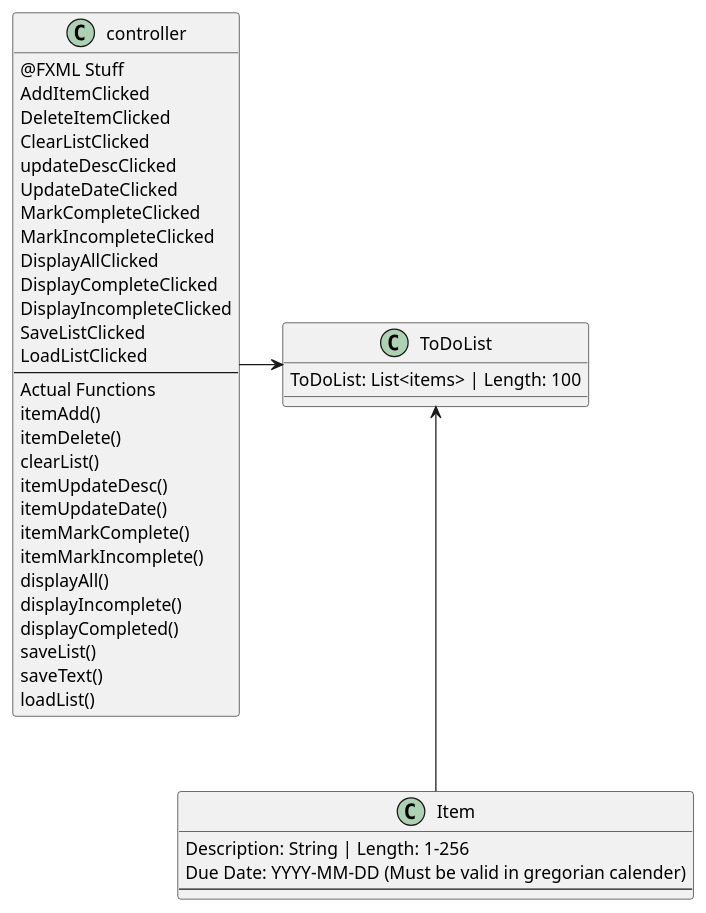
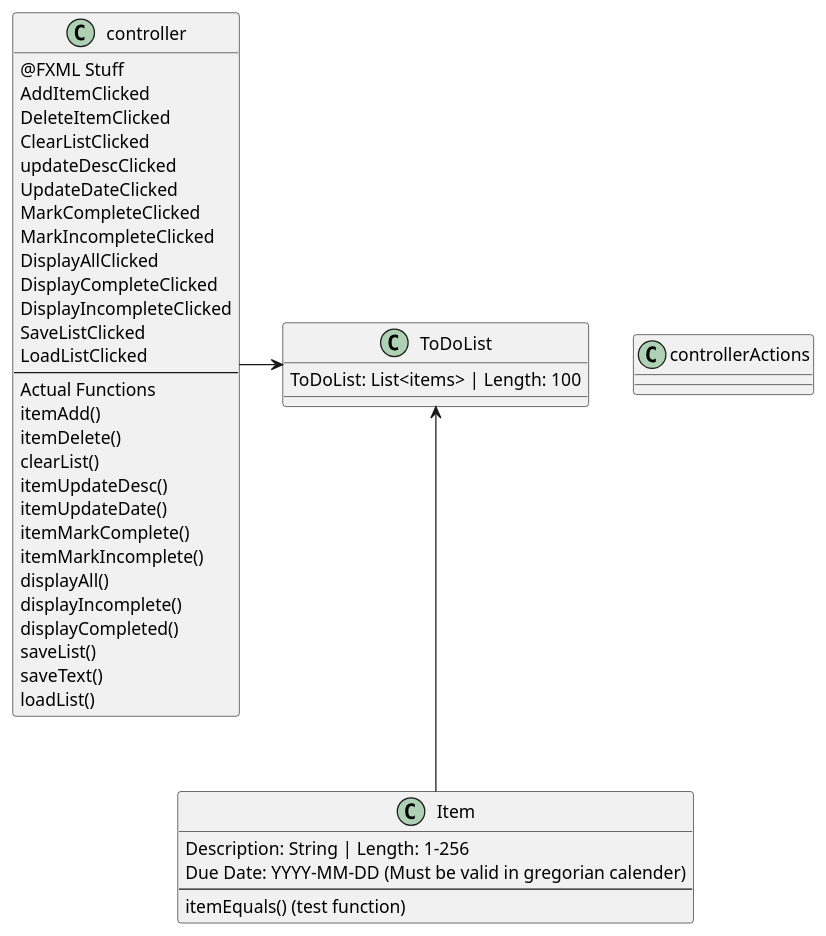
One commit to apatheticzekrom/Giang-cop3330-assignment4part2 changed the diagram in uml/classdiagram.puml. Above: the diagram before and after it, drawn with PlantUML. The commit also changed 11 other files, not shown here.

```diff
--- a/uml/classdiagram.puml
+++ b/uml/classdiagram.puml
@@ -1,49 +1,52 @@
 @startuml
 'https://plantuml.com/class-diagram
 
 class ToDoList {
 ToDoList: List<items> | Length: 100
 }
 
 class Item {
 Description: String | Length: 1-256
 Due Date: YYYY-MM-DD (Must be valid in gregorian calender)
 ----
+itemEquals() (test function)
 }
 
 controller -> ToDoList
 ToDoList <-- Item
 
 class controller {
 @FXML Stuff
 AddItemClicked
 DeleteItemClicked
 ClearListClicked
 updateDescClicked
 UpdateDateClicked
 MarkCompleteClicked
 MarkIncompleteClicked
 DisplayAllClicked
 DisplayCompleteClicked
 DisplayIncompleteClicked
 SaveListClicked
 LoadListClicked
 ----
 Actual Functions
 itemAdd()
 itemDelete()
 clearList()
 itemUpdateDesc()
 itemUpdateDate()
 itemMarkComplete()
 itemMarkIncomplete()
 displayAll()
 displayIncomplete()
 displayCompleted()
 saveList()
 saveText()
 loadList()
 }
 
+class controllerActions {
+}
 
 @enduml
```
